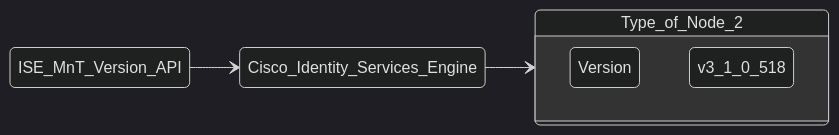
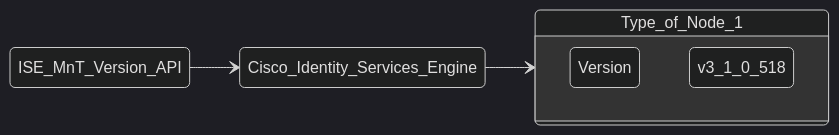
One commit to automateyournetwork/isecycle changed the diagram in src/isecycle/version State.md. Above: the diagram before and after it, drawn with Mermaid (dark theme). The commit also changed 41 other files, not shown here.

````diff
--- a/src/isecycle/version State.md
+++ b/src/isecycle/version State.md
@@ -2,9 +2,9 @@
 ```mermaid
 stateDiagram
     direction LR
 ISE_MnT_Version_API --> Cisco_Identity_Services_Engine
-Cisco_Identity_Services_Engine --> Type_of_Node_2
-state Type_of_Node_2{
+Cisco_Identity_Services_Engine --> Type_of_Node_1
+state Type_of_Node_1{
         Version v3_1_0_518
 }
 ```
````
